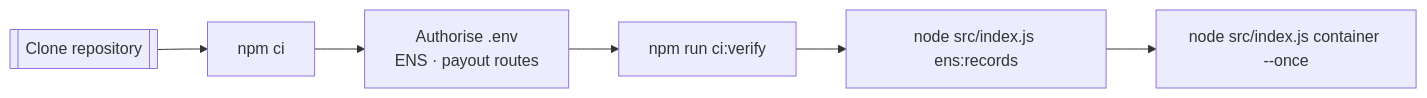
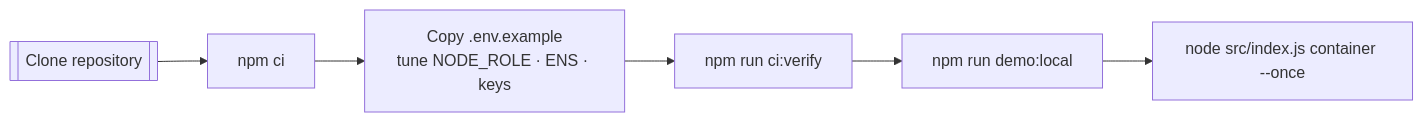
One commit to MontrealAI/AGI-Alpha-Node-v0 changed the first of 2 diagrams in README.md. Above: the diagram before and after it, drawn with Mermaid. The commit also changed other lines of this file and 7 other files, not shown here.

Commit message:
Add local cluster demo and central configuration defaults

````diff
--- a/README.md
+++ b/README.md
@@ -80,8 +81,8 @@
 ```mermaid
 flowchart LR
   checkout[[Clone repository]] --> install[npm ci]
-  install --> config[Authorise .env<br/>ENS · payout routes]
+  install --> config[Copy .env.example<br/>tune NODE_ROLE · ENS · keys]
   config --> verify[npm run ci:verify]
-  verify --> ens[node src/index.js ens:records]
-  ens --> launch[node src/index.js container --once]
+  verify --> demo[npm run demo:local]
+  demo --> launch[node src/index.js container --once]
 ```
````
